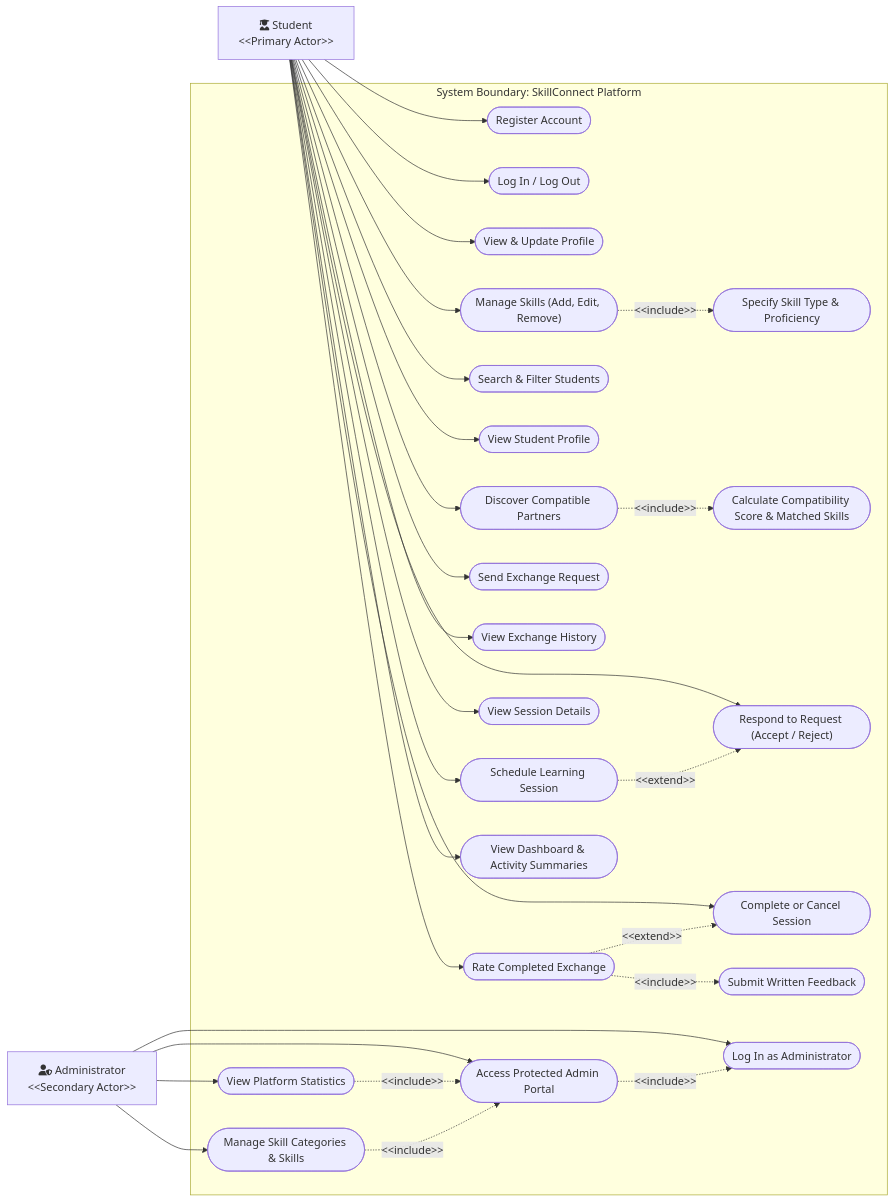
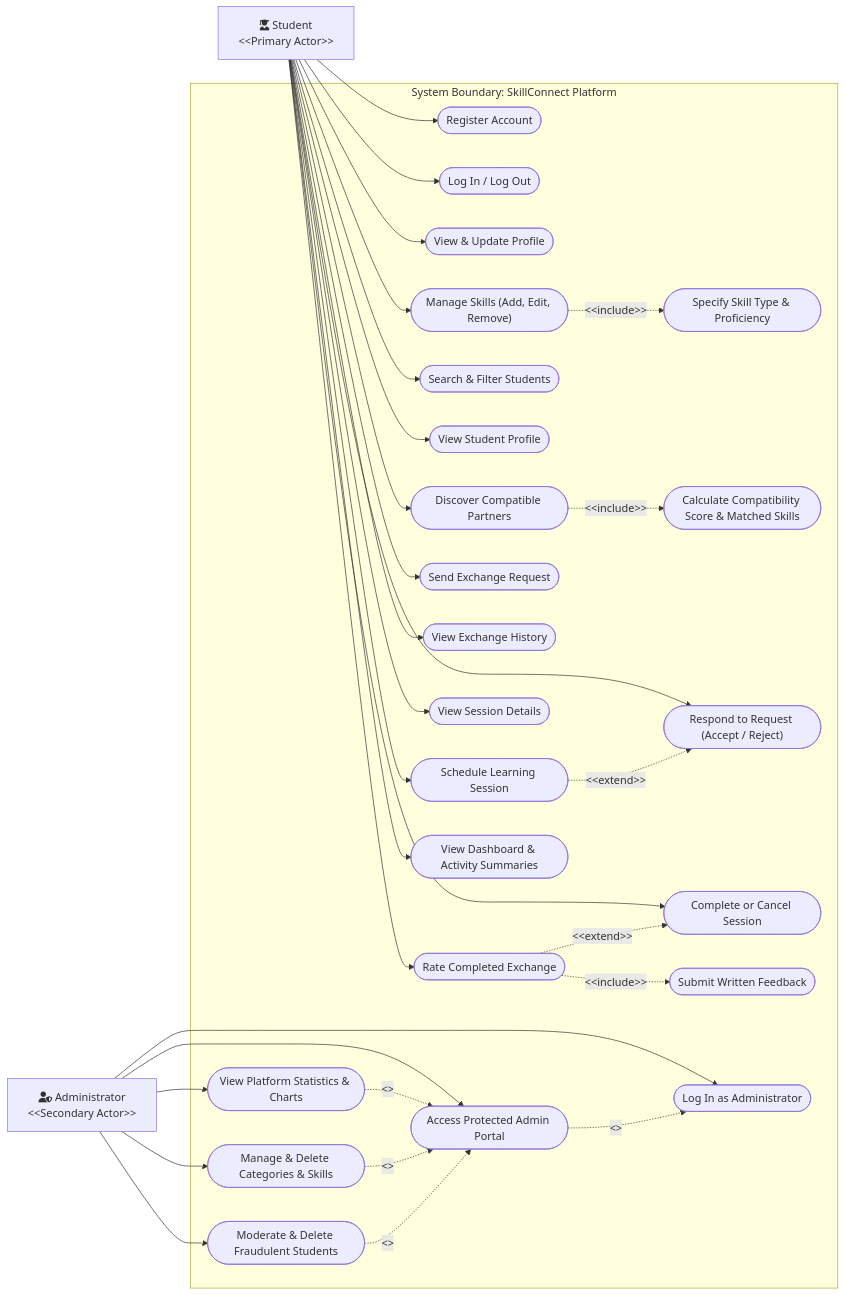
Before and after one commit to komalbhalshankar/SkillConnect: the diagram in docs/use_case_diagram.md, drawn with Mermaid. The commit also changed other lines of this file and 15 other files, not shown here.

Commit message:
docs(diagrams): update UML Use Case, Class, Module Description diagrams and specs with admin moderation and analytics

````diff
--- a/docs/use_case_diagram.md
+++ b/docs/use_case_diagram.md
@@ -18,75 +18,78 @@
 ```mermaid
 flowchart LR
     %% Actors
     Student["fa:fa-user-graduate Student<br/>&lt;&lt;Primary Actor&gt;&gt;"]
     Admin["fa:fa-user-shield Administrator<br/>&lt;&lt;Secondary Actor&gt;&gt;"]
 
     subgraph SkillConnect ["System Boundary: SkillConnect Platform"]
         %% Module 1
         UC_Reg(["Register Account"])
         UC_Auth(["Log In / Log Out"])
         UC_Prof(["View & Update Profile"])
 
         %% Module 2
         UC_ManageSkills(["Manage Skills (Add, Edit, Remove)"])
         UC_SkillDetails(["Specify Skill Type & Proficiency"])
 
         %% Module 3
         UC_Search(["Search & Filter Students"])
         UC_ViewProfile(["View Student Profile"])
         UC_Discover(["Discover Compatible Partners"])
         UC_CalculateScore(["Calculate Compatibility Score & Matched Skills"])
 
         %% Module 4
         UC_SendRequest(["Send Exchange Request"])
         UC_RespondRequest(["Respond to Request (Accept / Reject)"])
         UC_History(["View Exchange History"])
         UC_Schedule(["Schedule Learning Session"])
         UC_SessionDetails(["View Session Details"])
         UC_CompleteSession(["Complete or Cancel Session"])
 
         %% Module 5
         UC_Rate(["Rate Completed Exchange"])
         UC_Feedback(["Submit Written Feedback"])
         UC_Dashboard(["View Dashboard & Activity Summaries"])
 
         %% Administration
         UC_AdminLogin(["Log In as Administrator"])
         UC_AdminPortal(["Access Protected Admin Portal"])
-        UC_AdminStats(["View Platform Statistics"])
-        UC_ManageTaxonomy(["Manage Skill Categories & Skills"])
+        UC_AdminStats(["View Platform Statistics & Charts"])
+        UC_ManageTaxonomy(["Manage & Delete Categories & Skills"])
+        UC_ModerateStudents(["Moderate & Delete Fraudulent Students"])
     end
 
     %% Student Connections
     Student --> UC_Reg
     Student --> UC_Auth
     Student --> UC_Prof
     Student --> UC_ManageSkills
     Student --> UC_Search
     Student --> UC_ViewProfile
     Student --> UC_Discover
     Student --> UC_SendRequest
     Student --> UC_RespondRequest
     Student --> UC_History
     Student --> UC_Schedule
     Student --> UC_SessionDetails
     Student --> UC_CompleteSession
     Student --> UC_Rate
     Student --> UC_Dashboard
 
     %% Include / Extend Connections
     UC_ManageSkills -.->|&lt;&lt;include&gt;&gt;| UC_SkillDetails
     UC_Discover -.->|&lt;&lt;include&gt;&gt;| UC_CalculateScore
     UC_Rate -.->|&lt;&lt;include&gt;&gt;| UC_Feedback
     UC_Schedule -.->|&lt;&lt;extend&gt;&gt;| UC_RespondRequest
     UC_Rate -.->|&lt;&lt;extend&gt;&gt;| UC_CompleteSession
 
     %% Admin Connections
     Admin --> UC_AdminLogin
     Admin --> UC_AdminPortal
     Admin --> UC_AdminStats
     Admin --> UC_ManageTaxonomy
-    UC_AdminPortal -.->|&lt;&lt;include&gt;&gt;| UC_AdminLogin
-    UC_AdminStats -.->|&lt;&lt;include&gt;&gt;| UC_AdminPortal
-    UC_ManageTaxonomy -.->|&lt;&lt;include&gt;&gt;| UC_AdminPortal
+    Admin --> UC_ModerateStudents
+    UC_AdminPortal -.->|<<include>>| UC_AdminLogin
+    UC_AdminStats -.->|<<include>>| UC_AdminPortal
+    UC_ManageTaxonomy -.->|<<include>>| UC_AdminPortal
+    UC_ModerateStudents -.->|<<include>>| UC_AdminPortal
 ```
````
